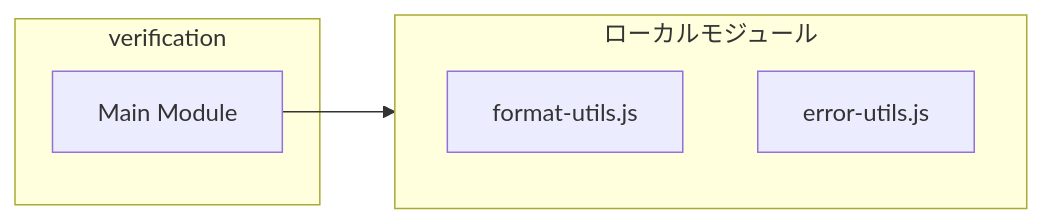
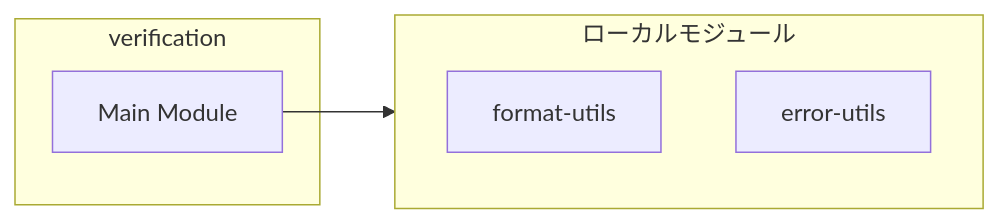
Before and after one commit to Mekann2904/mekann: the second of 4 diagrams in ABDD/.pi/extensions/loop/verification.md, drawn with Mermaid. The commit also changed other lines of this file and 174 other files, not shown here.

First line of the commit message:
fix(docs): ABDDのMermaid図生成エラーを修正する

````diff
--- a/ABDD/.pi/extensions/loop/verification.md
+++ b/ABDD/.pi/extensions/loop/verification.md
@@ -69,11 +69,11 @@
 ```mermaid
 flowchart LR
   subgraph this[verification]
     main[Main Module]
   end
   subgraph local[ローカルモジュール]
-    format_utils_js["format-utils.js"]
-    error_utils_js["error-utils.js"]
+    format_utils["format-utils"]
+    error_utils["error-utils"]
   end
   main --> local
 ```
````
